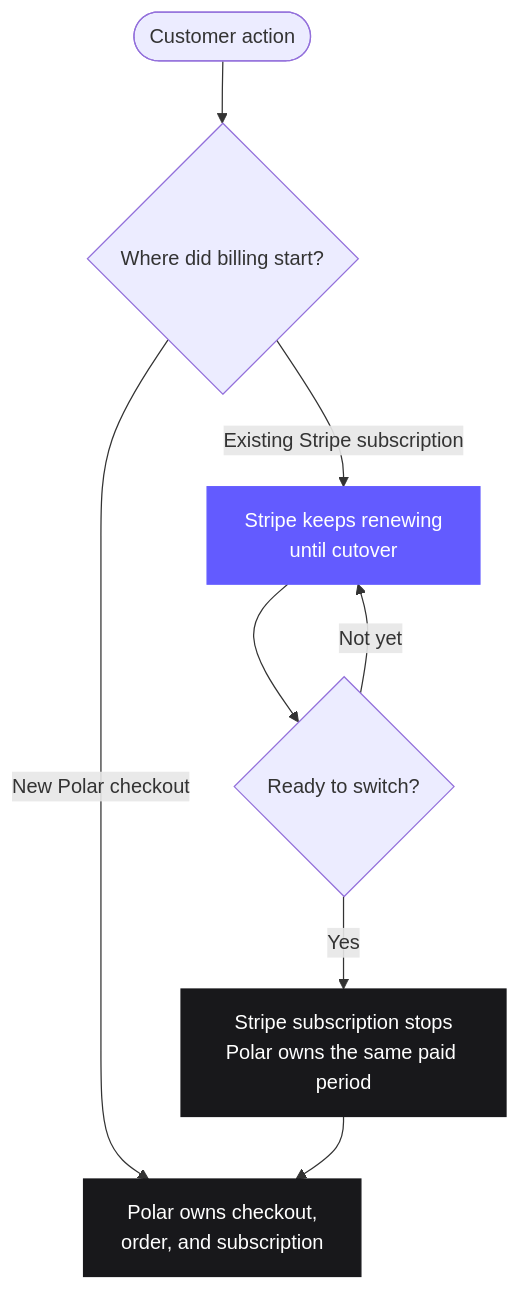
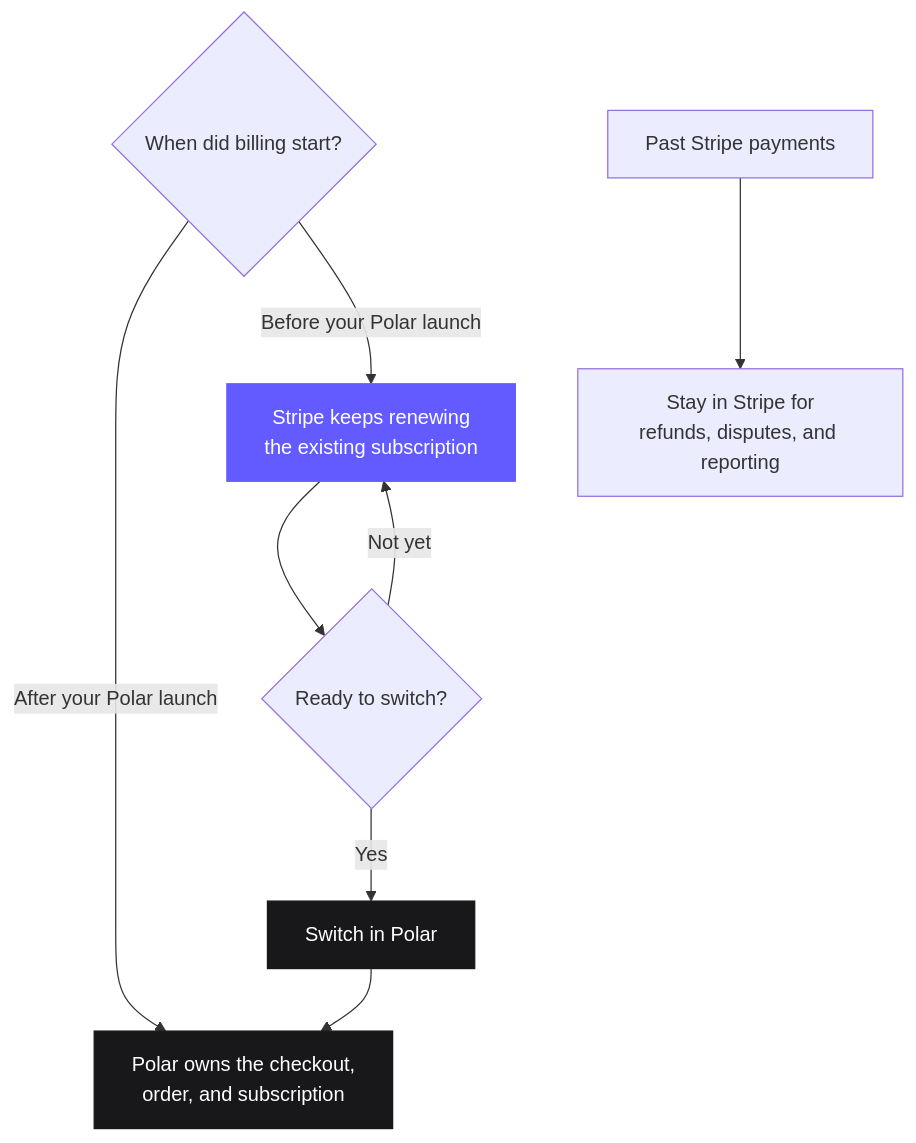
The diagram in docs/migrate.mdx (polarsource/polar), drawn with Mermaid before and after one commit. The commit also changed other lines of this file, not shown here.

Commit message:
docs: clarify phased Stripe migration journey

````diff
--- a/docs/migrate.mdx
+++ b/docs/migrate.mdx
@@ -124,18 +24,16 @@
 ```mermaid
 flowchart TB
-    customer(["Customer action"])
-    customer --> route{"Where did billing start?"}
-
-    route -->|"New Polar checkout"| polar["Polar owns checkout,<br/>order, and subscription"]
-    route -->|"Existing Stripe subscription"| stripe["Stripe keeps renewing<br/>until cutover"]
-
-    stripe --> review{"Ready to switch?"}
-    review -->|"Not yet"| stripe
-    review -->|"Yes"| cutover["Stripe subscription stops<br/>Polar owns the same paid period"]
+    start{"When did billing start?"}
+    start -->|"After your Polar launch"| polar["Polar owns the checkout,<br/>order, and subscription"]
+    start -->|"Before your Polar launch"| stripe["Stripe keeps renewing<br/>the existing subscription"]
+    stripe --> ready{"Ready to switch?"}
+    ready -->|"Not yet"| stripe
+    ready -->|"Yes"| cutover["Switch in Polar"]
     cutover --> polar
+    history["Past Stripe payments"] --> stays["Stay in Stripe for<br/>refunds, disputes, and reporting"]
 
     classDef polar fill:#18181b,stroke:#18181b,color:#ffffff
     classDef stripe fill:#635bff,stroke:#635bff,color:#ffffff
     class polar,cutover polar
     class stripe stripe
 ```
````
